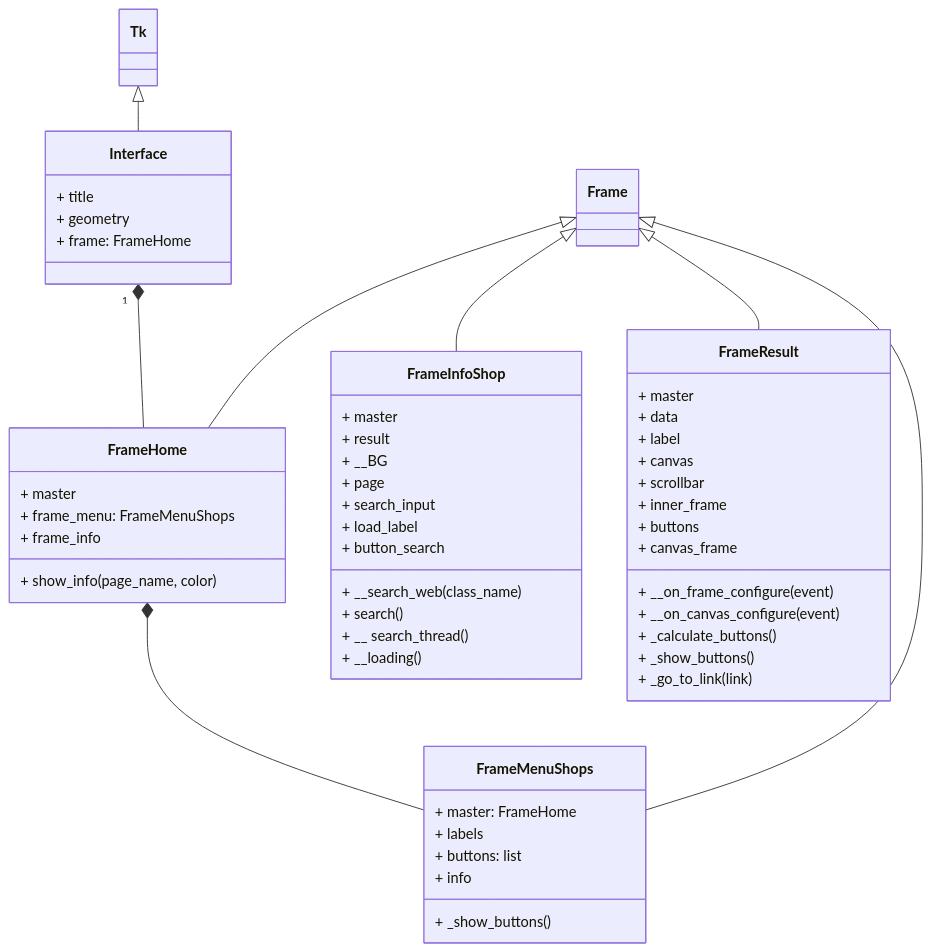
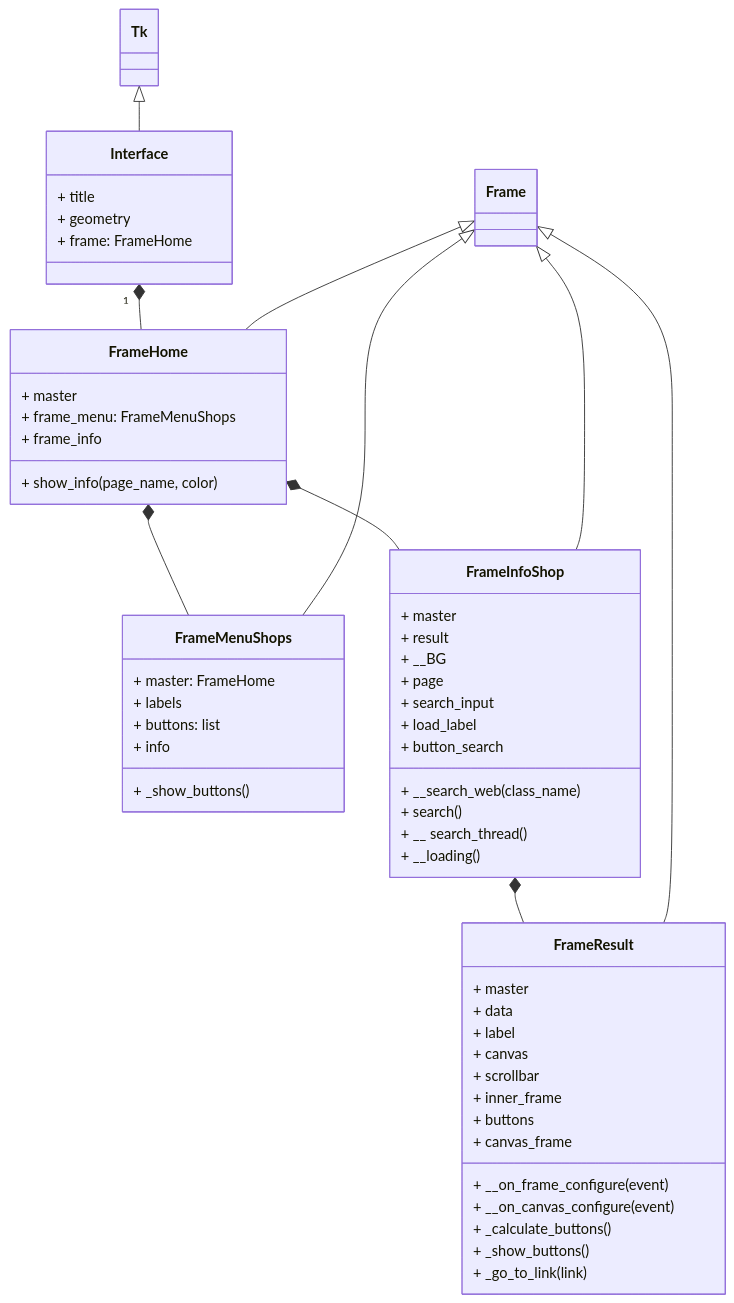
One commit to Dilanpc/MarketMiner changed the second of 2 diagrams in README.md. Above: the diagram before and after it, drawn with Mermaid.

Commit message:
actualizar README.md

````diff
--- a/README.md
+++ b/README.md
@@ -106,80 +106,82 @@
 ```mermaid
 
 classDiagram
     Interface "1" *--  FrameHome
    FrameHome *-- FrameMenuShops
+   FrameHome *-- FrameInfoShop
+   FrameInfoShop *-- FrameResult
    Tk <|-- Interface
    Frame <|-- FrameHome
    Frame <|-- FrameMenuShops
    Frame <|-- FrameInfoShop
    Frame <|-- FrameResult
    
    
 
  class Tk{
     }
 
  class Frame{
     }
 
     class Interface{
         + title
         + geometry
         + frame: FrameHome
     }
 
     class FrameHome{
         + master
         + frame_menu: FrameMenuShops
         + frame_info
 
         + show_info(page_name, color)
     }
 
     class FrameMenuShops{
         + master: FrameHome
 + labels
 + buttons: list
 + info
 
 + _show_buttons()
 
     }
 
 class FrameInfoShop{
         + master
         + result
         + __BG
         + page
         + search_input
         + load_label
         + button_search
 
         + __search_web(class_name)
 + search()
 + __ search_thread()
 + __loading()
     }
 
 class FrameResult{
         + master
 + data
 + label
 + canvas
 + scrollbar
 + inner_frame
 + buttons
 + canvas_frame
       
 + __on_frame_configure(event)
 + __on_canvas_configure(event)
 + _calculate_buttons()
 + _show_buttons()
 + _go_to_link(link)
     }
 
  
 
     
 
 ```
````
